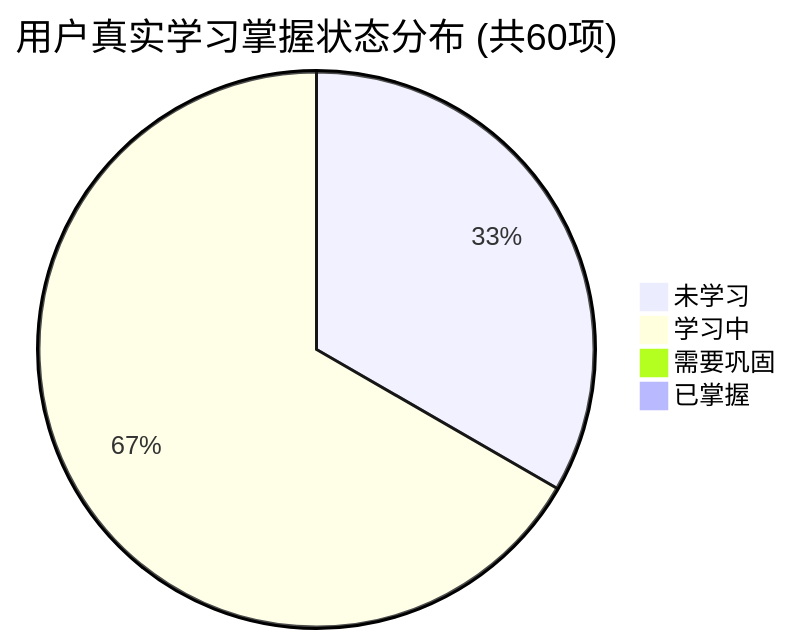
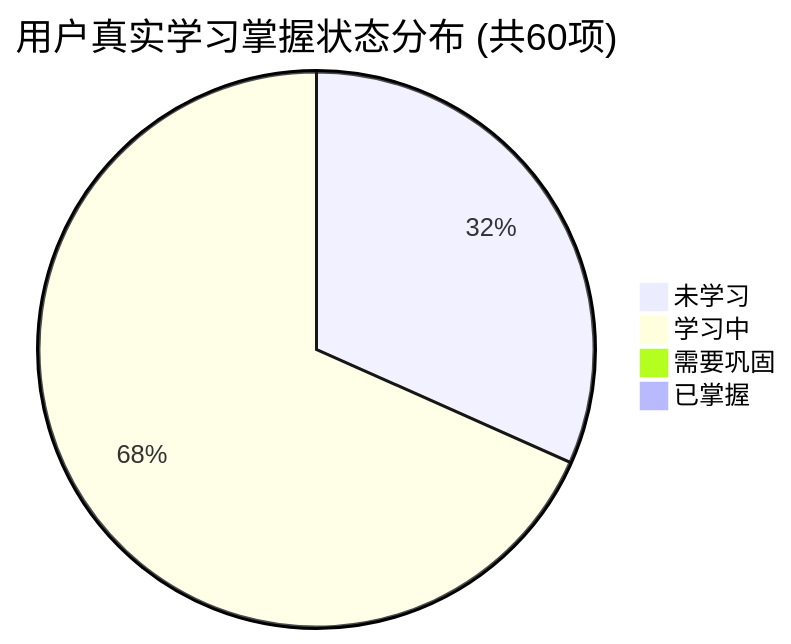
The first of 2 diagrams in PROGRESS.md (tieke1121/tech-interview-knowledge-base), drawn with Mermaid before and after one commit. The commit also changed other lines of this file and 1 other file, not shown here.

````diff
--- a/PROGRESS.md
+++ b/PROGRESS.md
@@ -27,7 +27,7 @@
 ```mermaid
 pie title 用户真实学习掌握状态分布 (共60项)
-    "未学习" : 20
-    "学习中" : 40
+    "未学习" : 19
+    "学习中" : 41
     "需要巩固" : 0
     "已掌握" : 0
 ```
````
